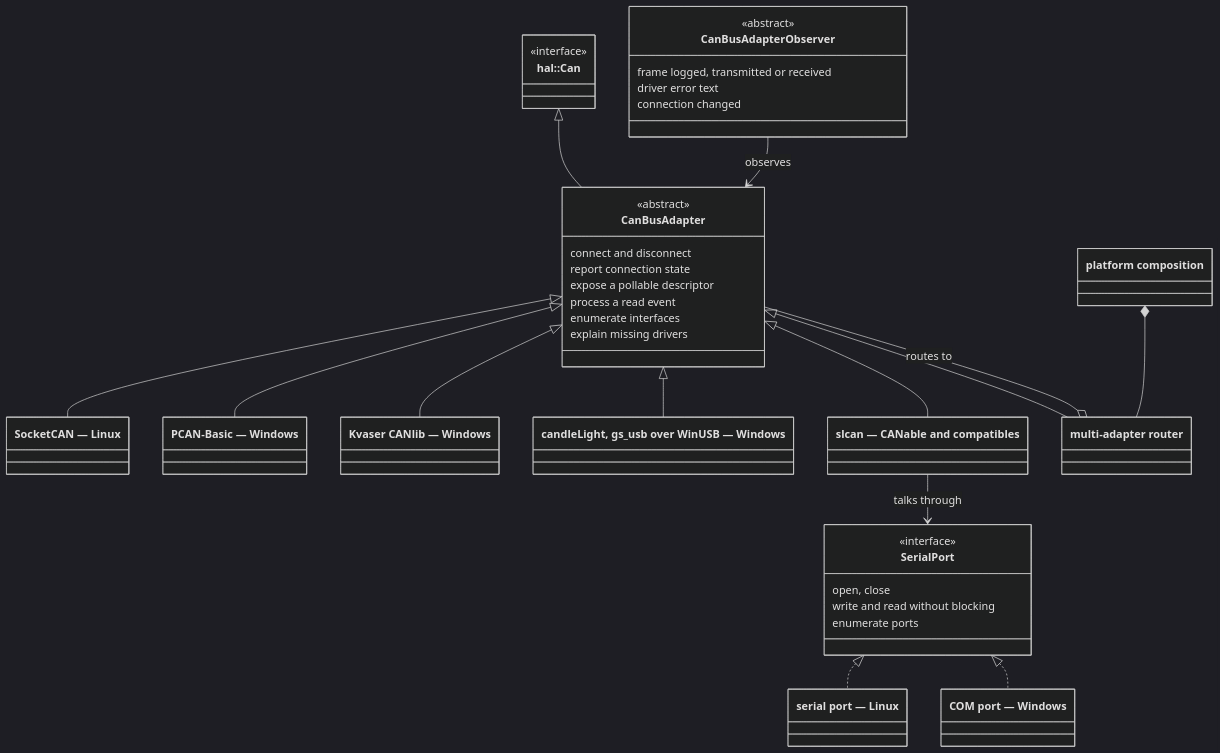
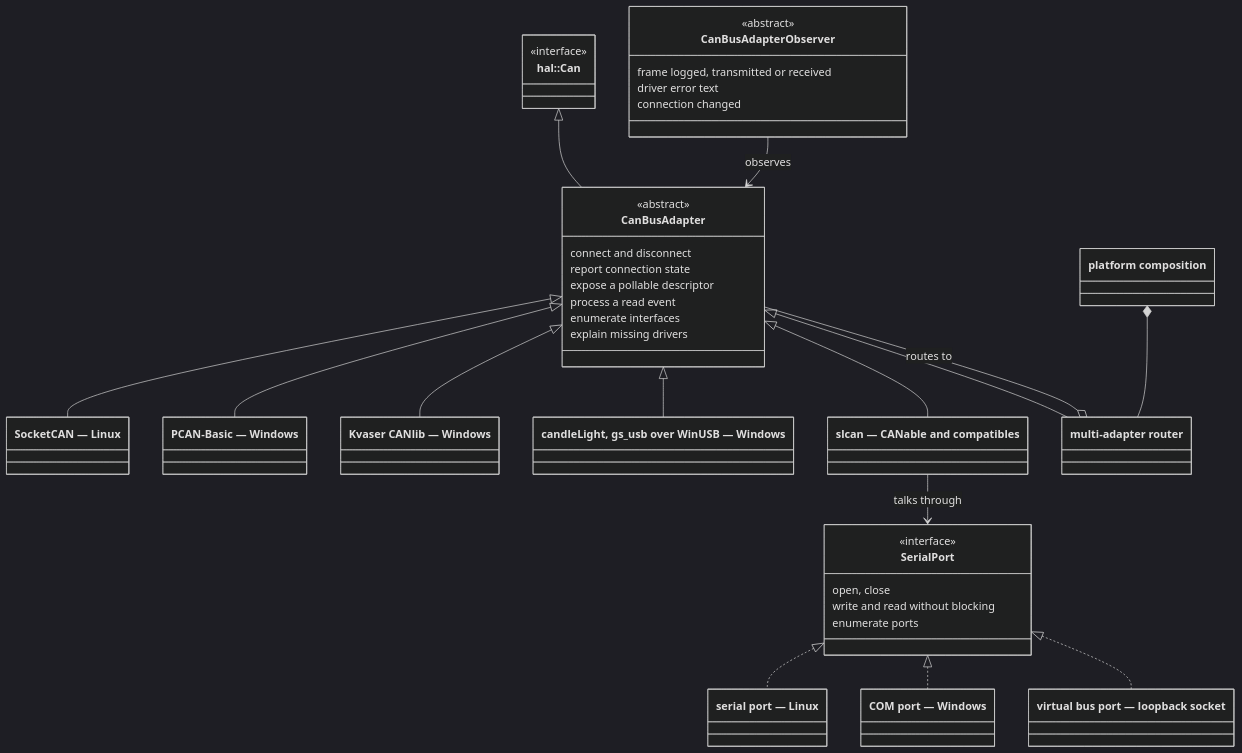
The second of 4 diagrams in documents/booklet/03-hal-and-drivers.md (embedded-pro/can-lite), drawn with Mermaid (dark theme) before and after one commit. The commit also changed other lines of this file and 23 other files, not shown here.

````diff
--- a/documents/booklet/03-hal-and-drivers.md
+++ b/documents/booklet/03-hal-and-drivers.md
@@ -68,52 +68,54 @@
 ```mermaid
 classDiagram
     direction TB
 
     class Can["hal::Can"] {
         <<interface>>
     }
     class CanBusAdapter {
         <<abstract>>
         connect and disconnect
         report connection state
         expose a pollable descriptor
         process a read event
         enumerate interfaces
         explain missing drivers
     }
     class CanBusAdapterObserver {
         <<abstract>>
         frame logged, transmitted or received
         driver error text
         connection changed
     }
     class SerialPort {
         <<interface>>
         open, close
         write and read without blocking
         enumerate ports
     }
     class SocketCanAdapter["SocketCAN — Linux"]
     class PcanAdapter["PCAN-Basic — Windows"]
     class KvaserAdapter["Kvaser CANlib — Windows"]
     class GsUsbAdapter["candleLight, gs_usb over WinUSB — Windows"]
     class SlcanAdapter["slcan — CANable and compatibles"]
     class PosixSerialPort["serial port — Linux"]
     class WindowsSerialPort["COM port — Windows"]
+    class VirtualBusPort["virtual bus port — loopback socket"]
     class MultiCanAdapter["multi-adapter router"]
     class PlatformCanAdapter["platform composition"]
 
     Can <|-- CanBusAdapter
     CanBusAdapter <|-- SocketCanAdapter
     CanBusAdapter <|-- PcanAdapter
     CanBusAdapter <|-- KvaserAdapter
     CanBusAdapter <|-- GsUsbAdapter
     CanBusAdapter <|-- SlcanAdapter
     CanBusAdapter <|-- MultiCanAdapter
     SlcanAdapter --> SerialPort : talks through
     SerialPort <|.. PosixSerialPort
     SerialPort <|.. WindowsSerialPort
+    SerialPort <|.. VirtualBusPort
     MultiCanAdapter o-- CanBusAdapter : routes to
     PlatformCanAdapter *-- MultiCanAdapter
     CanBusAdapterObserver --> CanBusAdapter : observes
 ```
````
